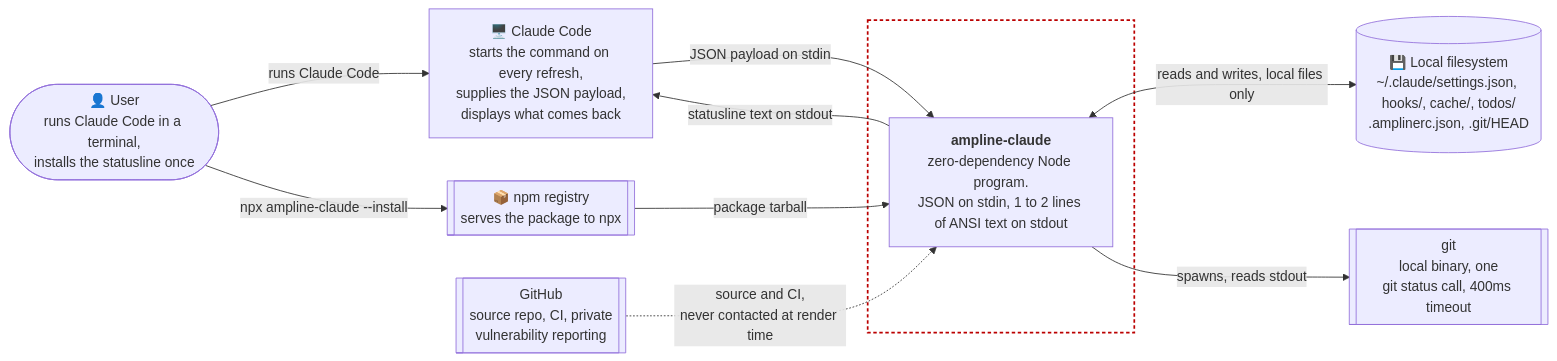
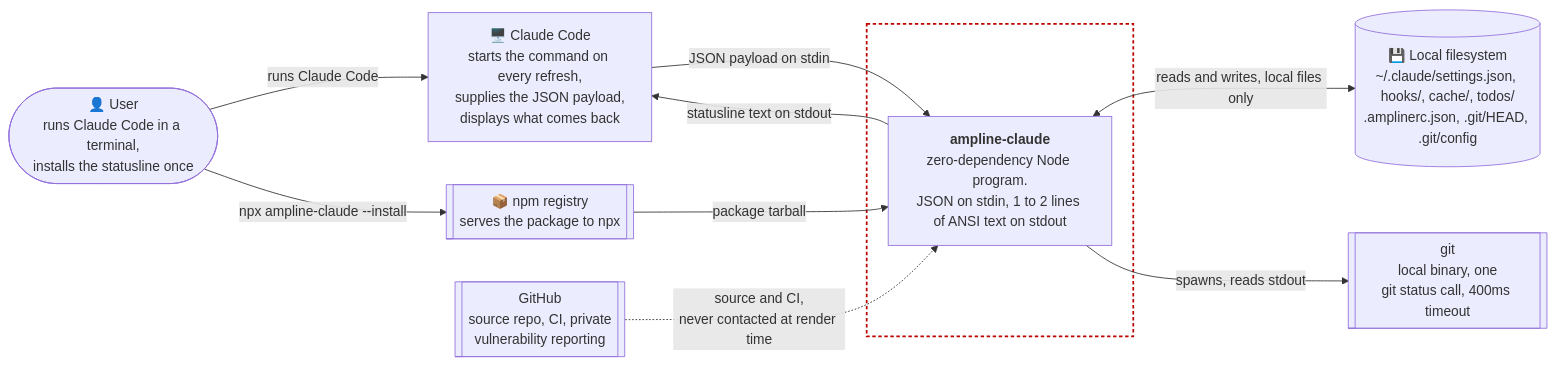
One commit to carterptull/ampline-claude changed the diagram in diagrams/c4-context.md. Above: the diagram before and after it, drawn with Mermaid. The commit also changed other lines of this file and 13 other files, not shown here.

````diff
--- a/diagrams/c4-context.md
+++ b/diagrams/c4-context.md
@@ -11,26 +11,26 @@
 ```mermaid
 flowchart LR
     user(["👤 User<br/>runs Claude Code in a terminal,<br/>installs the statusline once"])
 
     cc["🖥️ Claude Code<br/>starts the command on every refresh,<br/>supplies the JSON payload,<br/>displays what comes back"]
 
     subgraph boundary[" "]
         amp["<b>ampline-claude</b><br/>zero-dependency Node program.<br/>JSON on stdin, 1 to 2 lines of ANSI text on stdout"]
     end
 
-    fs[("💾 Local filesystem<br/>~/.claude/settings.json, hooks/, cache/, todos/<br/>.amplinerc.json, .git/HEAD")]
+    fs[("💾 Local filesystem<br/>~/.claude/settings.json, hooks/, cache/, todos/<br/>.amplinerc.json, .git/HEAD, .git/config")]
     git[["git<br/>local binary, one<br/>git status call, 400ms timeout"]]
     npm[["📦 npm registry<br/>serves the package to npx"]]
     gh[["GitHub<br/>source repo, CI, private<br/>vulnerability reporting"]]
 
     user -->|"runs Claude Code"| cc
     user -->|"npx ampline-claude --install"| npm
     npm -->|"package tarball"| amp
     cc -->|"JSON payload on stdin"| amp
     amp -->|"statusline text on stdout"| cc
     amp <-->|"reads and writes, local files only"| fs
     amp -->|"spawns, reads stdout"| git
     gh -.->|"source and CI,<br/>never contacted at render time"| amp
 
     style boundary fill:transparent,stroke:#BB0000,stroke-width:2px,stroke-dasharray: 4 3
 ```
````
